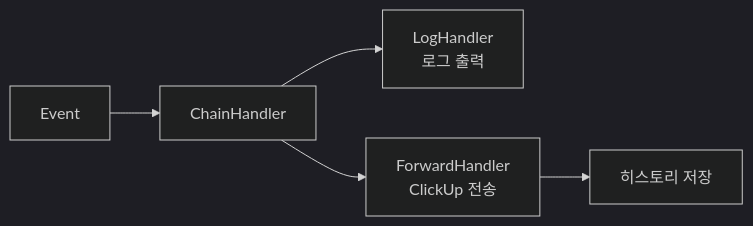
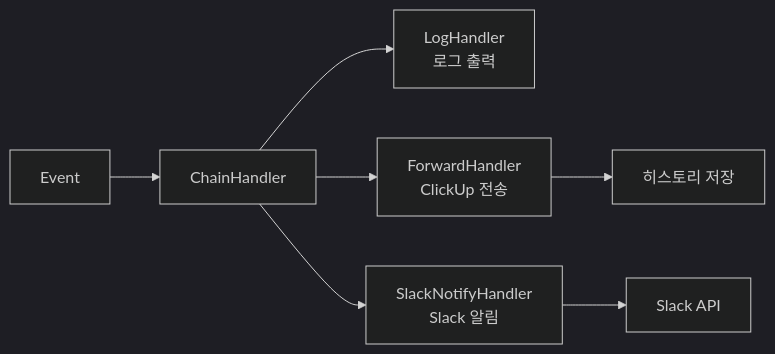
One commit to zime78/Slickwebhook changed the fifth of 9 diagrams in docs/ARCHITECTURE.md. Above: the diagram before and after it, drawn with Mermaid (dark theme). The commit also changed other lines of this file and 5 other files, not shown here.

````diff
--- a/docs/ARCHITECTURE.md
+++ b/docs/ARCHITECTURE.md
@@ -219,7 +227,9 @@
 ```mermaid
 flowchart LR
     EVENT[Event] --> CHAIN[ChainHandler]
     CHAIN --> LOG[LogHandler<br/>로그 출력]
     CHAIN --> FWD[ForwardHandler<br/>ClickUp 전송]
+    CHAIN --> SLACK[SlackNotifyHandler<br/>Slack 알림]
     FWD --> HISTORY[히스토리 저장]
+    SLACK --> SLACK_API[Slack API]
 ```
````
